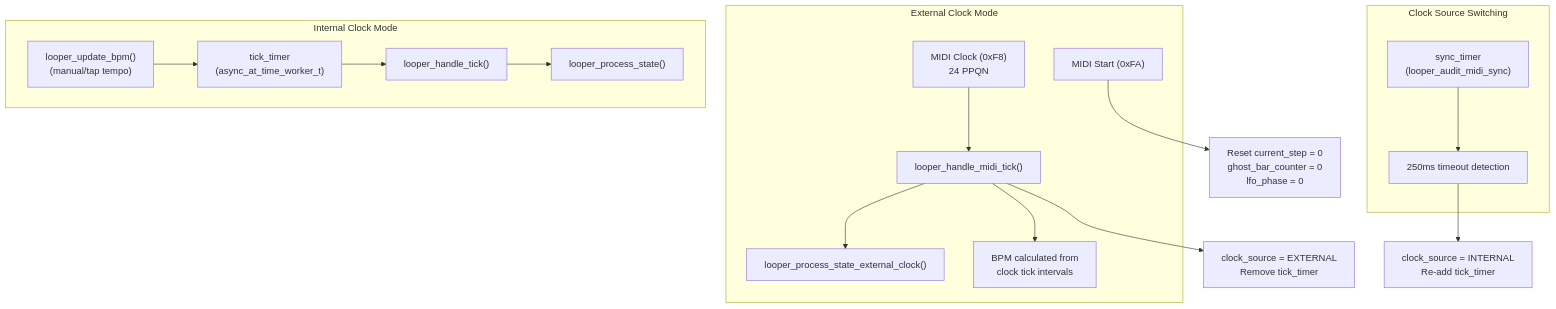
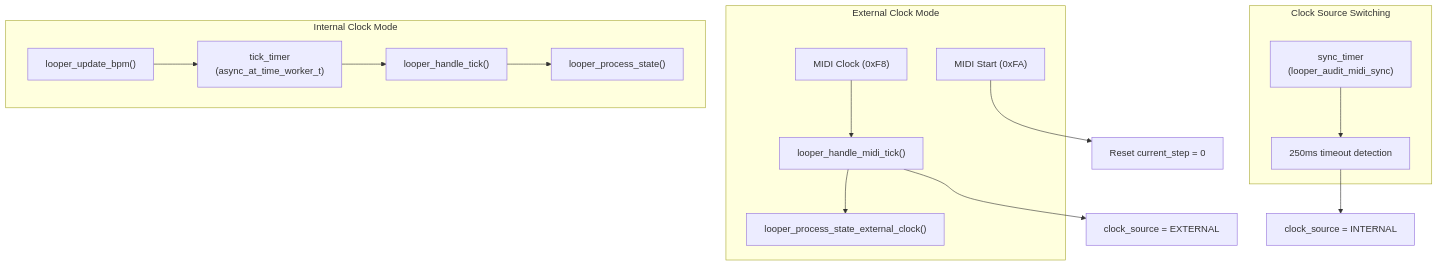
Before and after one commit to Jus-Be/orinayo-pico: the fifth of 6 diagrams in wiki/5.2-step-sequencer.md, drawn with Mermaid. The commit also changed other lines of this file and 42 other files, not shown here.

````diff
--- a/wiki/5.2-step-sequencer.md
+++ b/wiki/5.2-step-sequencer.md
@@ -386,49 +390,46 @@
 ```mermaid
 flowchart TD
 
 InternalTimer["tick_timer<br>(async_at_time_worker_t)"]
 InternalTick["looper_handle_tick()"]
 InternalProcess["looper_process_state()"]
-InternalBPM["looper_update_bpm()<br>(manual/tap tempo)"]
-MIDIClock["MIDI Clock (0xF8)<br>24 PPQN"]
+InternalBPM["looper_update_bpm()"]
+MIDIClock["MIDI Clock (0xF8)"]
 MIDIStart["MIDI Start (0xFA)"]
 ExternalTick["looper_handle_midi_tick()"]
 ExternalProcess["looper_process_state_external_clock()"]
-ExternalBPM["BPM calculated from<br>clock tick intervals"]
 Watchdog["sync_timer<br>(looper_audit_midi_sync)"]
 Timeout["250ms timeout detection"]
-Reset["Reset current_step = 0<br>ghost_bar_counter = 0<br>lfo_phase = 0"]
-SwitchToExternal["clock_source = EXTERNAL<br>Remove tick_timer"]
-SwitchToInternal["clock_source = INTERNAL<br>Re-add tick_timer"]
+Reset["Reset current_step = 0"]
+SwitchToExternal["clock_source = EXTERNAL"]
+SwitchToInternal["clock_source = INTERNAL"]
 
 MIDIStart --> Reset
 ExternalTick --> SwitchToExternal
 Timeout --> SwitchToInternal
 
 subgraph subGraph2 ["Clock Source Switching"]
     Watchdog
     Timeout
     Watchdog --> Timeout
 end
 
 subgraph subGraph1 ["External Clock Mode"]
     MIDIClock
     MIDIStart
     ExternalTick
     ExternalProcess
-    ExternalBPM
     MIDIClock --> ExternalTick
     ExternalTick --> ExternalProcess
-    ExternalTick --> ExternalBPM
 end
 
 subgraph subGraph0 ["Internal Clock Mode"]
     InternalTimer
     InternalTick
     InternalProcess
     InternalBPM
     InternalTimer --> InternalTick
     InternalTick --> InternalProcess
     InternalBPM --> InternalTimer
 end
 ```
````
